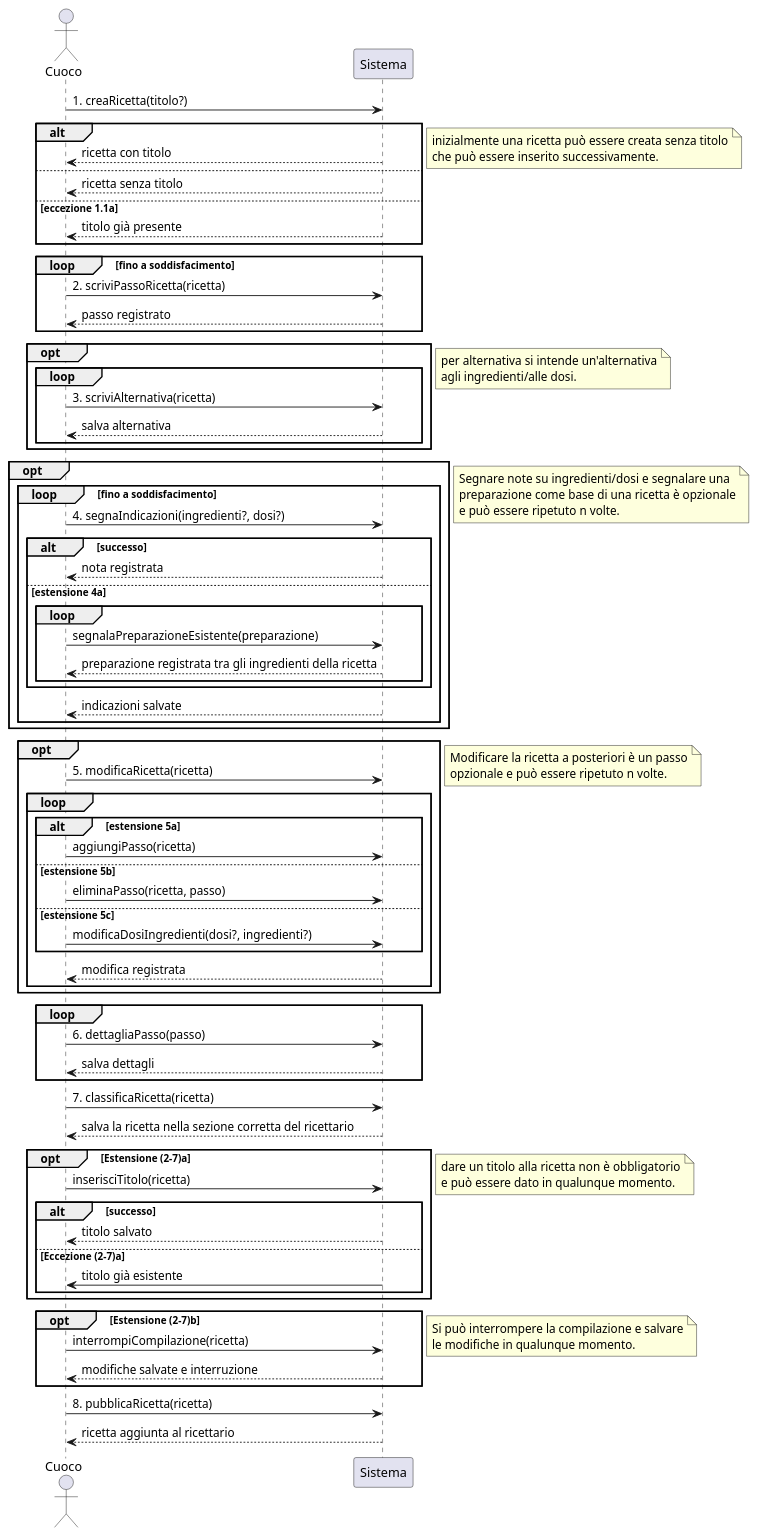
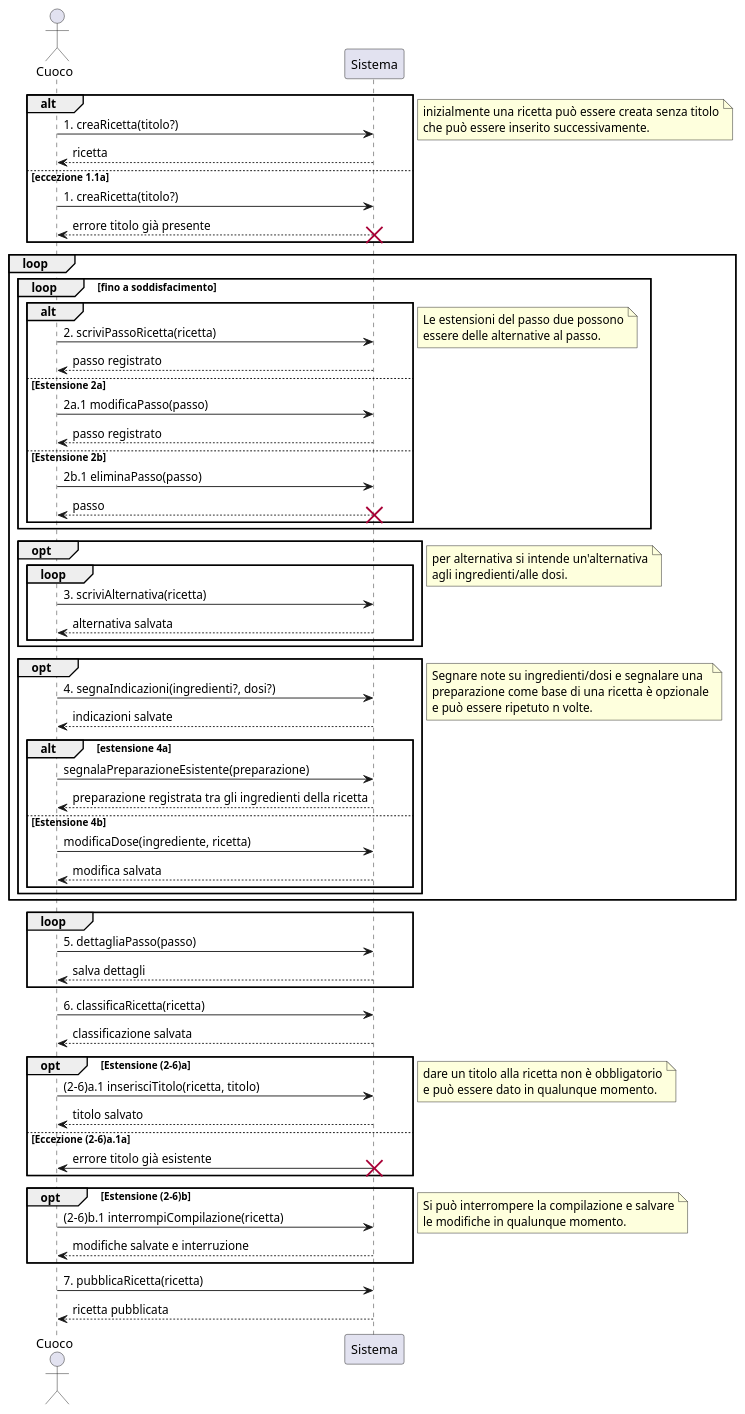
One commit to m0canu1/sas changed the diagram in ssd/ssd-ricette.md. Above: the diagram before and after it, drawn with PlantUML.

Commit message:
modificato ssd ricette (da riguardare)

````diff
--- a/ssd/ssd-ricette.md
+++ b/ssd/ssd-ricette.md
@@ -4,89 +4,79 @@
 actor Cuoco
 participant Sistema
 
+alt 
 Cuoco -> Sistema : 1. creaRicetta(titolo?)
-alt 
-	Sistema --> Cuoco : ricetta con titolo	
-else 
-	Sistema --> Cuoco : ricetta senza titolo
+	Sistema --> Cuoco : ricetta
 else eccezione 1.1a
-	Sistema --> Cuoco : titolo già presente
+Cuoco -> Sistema : 1. creaRicetta(titolo?)
+	
+	Sistema --> Cuoco : errore titolo già presente
+	destroy Sistema
 end
 note right: inizialmente una ricetta può essere creata senza titolo\nche può essere inserito successivamente.
+loop
+	loop fino a soddisfacimento 
+		alt 
+		Cuoco -> Sistema : 2. scriviPassoRicetta(ricetta)
+		Sistema --> Cuoco : passo registrato
+		else Estensione 2a
+			Cuoco -> Sistema: 2a.1 modificaPasso(passo)
+			Sistema --> Cuoco: passo registrato 
+		else Estensione 2b
+			Cuoco -> Sistema: 2b.1 eliminaPasso(passo)
+			Sistema --> Cuoco: passo
+			destroy Sistema 
+		end
+		note right: Le estensioni del passo due possono\nessere delle alternative al passo.
+	end
 
-loop fino a soddisfacimento 
-	Cuoco -> Sistema : 2. scriviPassoRicetta(ricetta)
-	Sistema --> Cuoco : passo registrato
+	opt
+		loop
+			Cuoco -> Sistema : 3. scriviAlternativa(ricetta)
+			Sistema --> Cuoco : alternativa salvata
+		end
+	end
+	note right: per alternativa si intende un'alternativa\nagli ingredienti/alle dosi.
+
+	opt	
+			Cuoco -> Sistema : 4. segnaIndicazioni(ingredienti?, dosi?)
+			Sistema --> Cuoco : indicazioni salvate
+			alt estensione 4a
+				Cuoco -> Sistema : segnalaPreparazioneEsistente(preparazione)
+				Sistema --> Cuoco : preparazione registrata tra gli ingredienti della ricetta
+			else Estensione 4b
+				Cuoco -> Sistema : modificaDose(ingrediente, ricetta)
+				Sistema --> Cuoco: modifica salvata
+			end
+	end
+	note right: Segnare note su ingredienti/dosi e segnalare una\npreparazione come base di una ricetta è opzionale\ne può essere ripetuto n volte.
 end
 
-opt
-	loop
-		Cuoco -> Sistema : 3. scriviAlternativa(ricetta)
-	 	Sistema --> Cuoco : salva alternativa
-	end
-end
-note right: per alternativa si intende un'alternativa\nagli ingredienti/alle dosi.
-
-opt
-	loop fino a soddisfacimento
-		
-		Cuoco -> Sistema : 4. segnaIndicazioni(ingredienti?, dosi?)
-		alt successo
-			Sistema --> Cuoco : nota registrata
-		else estensione 4a
-			loop
-				Cuoco -> Sistema : segnalaPreparazioneEsistente(preparazione)
-				Sistema --> Cuoco : preparazione registrata tra gli ingredienti della ricetta
-
-			end	
-		end
-
-	Sistema --> Cuoco : indicazioni salvate
-	end
-end
-note right: Segnare note su ingredienti/dosi e segnalare una\npreparazione come base di una ricetta è opzionale\ne può essere ripetuto n volte.
-
-opt
-	Cuoco -> Sistema : 5. modificaRicetta(ricetta)
-	loop
-		alt  estensione 5a
-			Cuoco -> Sistema : aggiungiPasso(ricetta)
-		else estensione 5b
-			Cuoco -> Sistema : eliminaPasso(ricetta, passo)
-		else estensione 5c
-			Cuoco -> Sistema : modificaDosiIngredienti(dosi?, ingredienti?) 
-		end
-		Sistema --> Cuoco : modifica registrata
-	end
-end
-note right: Modificare la ricetta a posteriori è un passo\nopzionale e può essere ripetuto n volte.
-
 loop
-	Cuoco -> Sistema : 6. dettagliaPasso(passo)
+	Cuoco -> Sistema : 5. dettagliaPasso(passo)
 	Sistema --> Cuoco : salva dettagli
 end
 
-Cuoco -> Sistema : 7. classificaRicetta(ricetta)
-Sistema --> Cuoco : salva la ricetta nella sezione corretta del ricettario
+Cuoco -> Sistema : 6. classificaRicetta(ricetta)
+Sistema --> Cuoco : classificazione salvata
 
-opt Estensione (2-7)a
-		Cuoco -> Sistema : inserisciTitolo(ricetta)
-	alt successo
-		Sistema --> Cuoco : titolo salvato	
-	else Eccezione (2-7)a
-		Sistema -> Cuoco : titolo già esistente
-	end
+opt Estensione (2-6)a
+		Cuoco -> Sistema : (2-6)a.1 inserisciTitolo(ricetta, titolo)
+		Sistema --> Cuoco: titolo salvato
+	else Eccezione (2-6)a.1a
+		Sistema -> Cuoco : errore titolo già esistente
+		destroy Sistema
 end
 note right: dare un titolo alla ricetta non è obbligatorio\ne può essere dato in qualunque momento.
 
-opt Estensione (2-7)b
-	Cuoco -> Sistema : interrompiCompilazione(ricetta)
+opt Estensione (2-6)b
+	Cuoco -> Sistema :(2-6)b.1 interrompiCompilazione(ricetta)
 	Sistema --> Cuoco : modifiche salvate e interruzione
 end
 note right: Si può interrompere la compilazione e salvare\nle modifiche in qualunque momento.
 
-Cuoco -> Sistema : 8. pubblicaRicetta(ricetta)
-Sistema --> Cuoco : ricetta aggiunta al ricettario
+Cuoco -> Sistema : 7. pubblicaRicetta(ricetta)
+Sistema --> Cuoco : ricetta pubblicata
 
 
 ```
````
